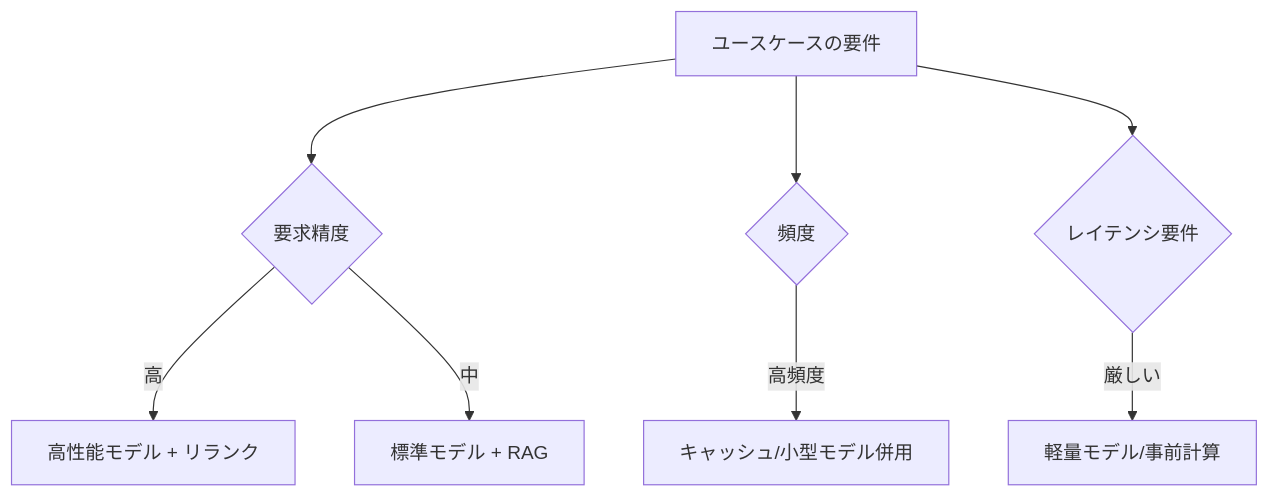
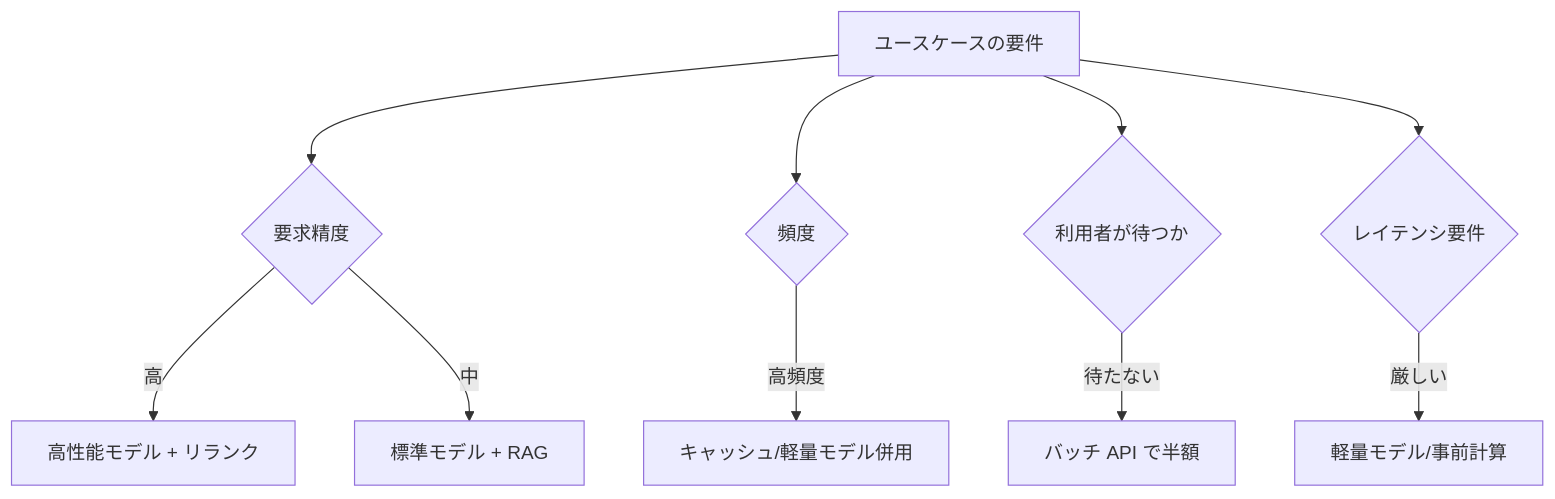
Before and after one commit to mike-sugimoto/ai-tech-notes: the diagram in src/content/docs/cost-roi/system-selection.md, drawn with Mermaid. The commit also changed other lines of this file and 4 other files, not shown here.

````diff
--- a/src/content/docs/cost-roi/system-selection.md
+++ b/src/content/docs/cost-roi/system-selection.md
@@ -12,10 +14,12 @@
 ```mermaid
 flowchart TD
     UC[ユースケースの要件] --> ACC{要求精度}
     ACC -->|高| HI[高性能モデル + リランク]
     ACC -->|中| MIX[標準モデル + RAG]
     UC --> FREQ{頻度}
-    FREQ -->|高頻度| OPT[キャッシュ/小型モデル併用]
+    FREQ -->|高頻度| OPT[キャッシュ/軽量モデル併用]
+    UC --> WAIT{利用者が待つか}
+    WAIT -->|待たない| BATCH[バッチ API で半額]
     UC --> LAT{レイテンシ要件}
     LAT -->|厳しい| SMALL[軽量モデル/事前計算]
 ```
````
